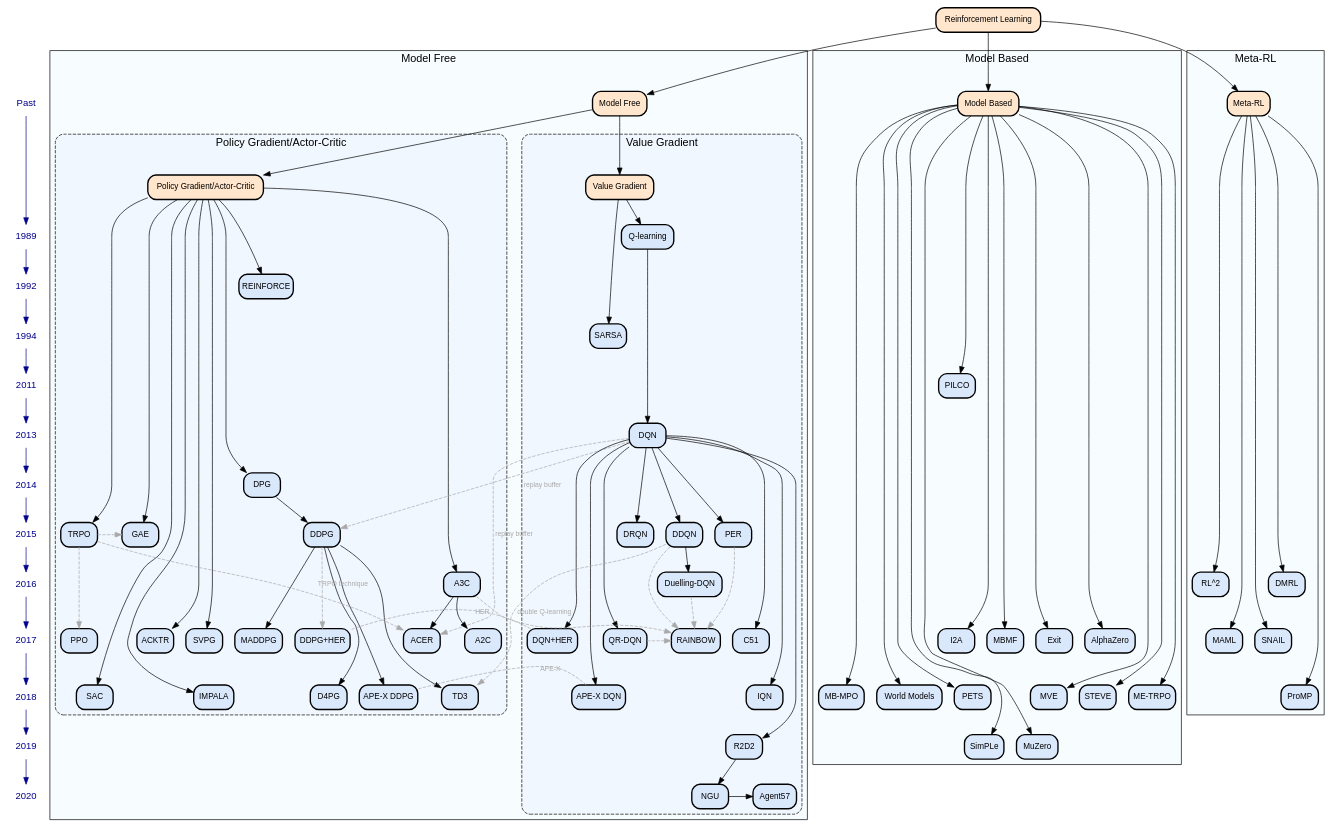
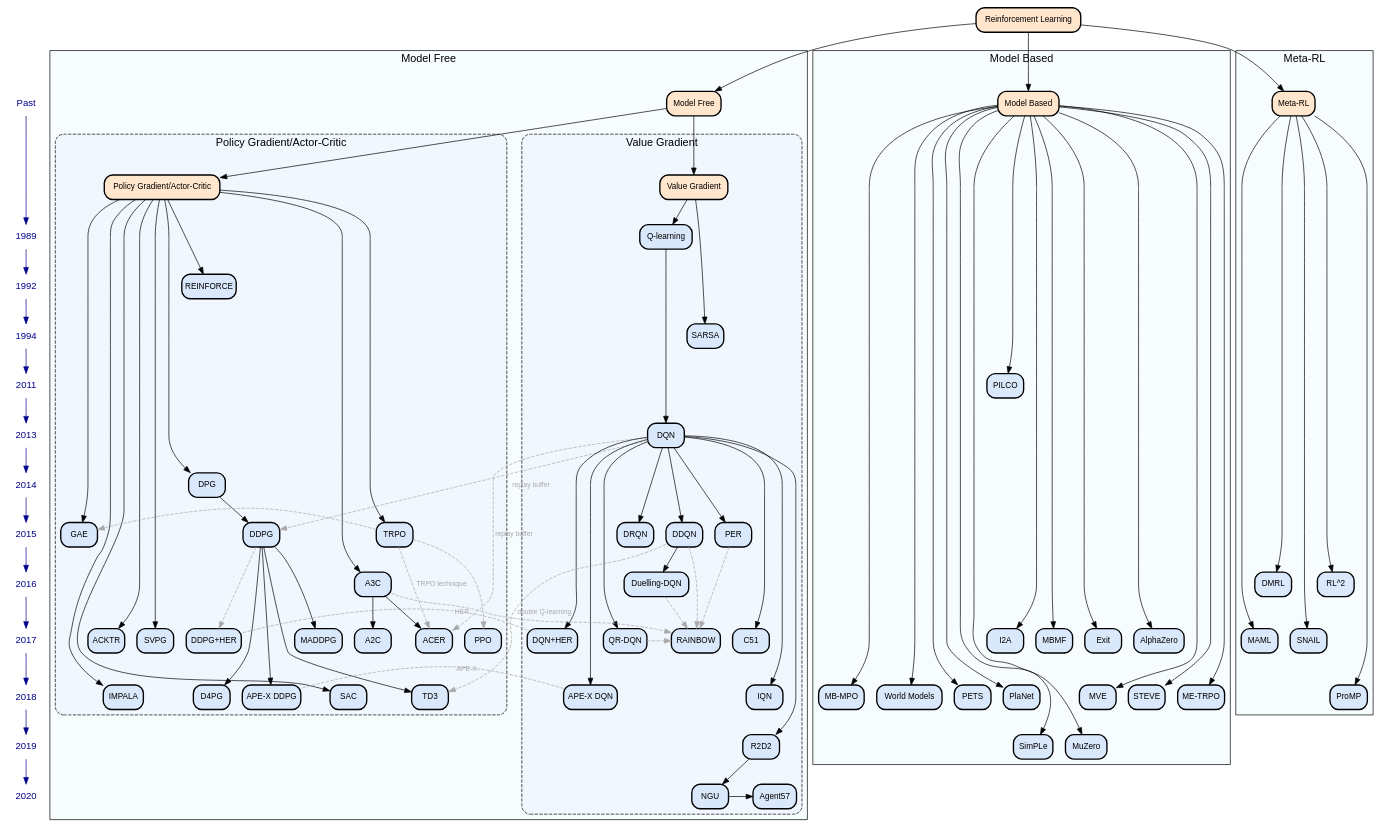
The diagram in rl-taxonomy.gv (bennylp/RL-Taxonomy), drawn with Graphviz before and after one commit. The commit also changed 3 other files, not shown here.

Commit message:
Added PlaNet

```diff
--- a/rl-taxonomy.gv
+++ b/rl-taxonomy.gv
@@ -158,6 +158,7 @@
 		"Model Based" -> "MB-MPO" [fontcolor=black fontname="sans-serif" fontsize=10 style=solid]
 		"Model Based" -> "World Models" [fontcolor=black fontname="sans-serif" fontsize=10 style=solid]
 		"Model Based" -> PETS [fontcolor=black fontname="sans-serif" fontsize=10 style=solid]
+		"Model Based" -> PlaNet [fontcolor=black fontname="sans-serif" fontsize=10 style=solid]
 		"Model Based" -> SimPLe [fontcolor=black fontname="sans-serif" fontsize=10 style=solid]
 		"Model Based" -> MuZero [fontcolor=black fontname="sans-serif" fontsize=10 style=solid]
 		PILCO [label=PILCO fillcolor="#dae8fc" fontname="sans-serif" fontsize=12 shape=box style="rounded,bold,filled"]
@@ -171,6 +172,7 @@
 		"MB-MPO" [label="MB-MPO" fillcolor="#dae8fc" fontname="sans-serif" fontsize=12 shape=box style="rounded,bold,filled"]
 		"World Models" [label="World Models" fillcolor="#dae8fc" fontname="sans-serif" fontsize=12 shape=box style="rounded,bold,filled"]
 		PETS [label=PETS fillcolor="#dae8fc" fontname="sans-serif" fontsize=12 shape=box style="rounded,bold,filled"]
+		PlaNet [label=PlaNet fillcolor="#dae8fc" fontname="sans-serif" fontsize=12 shape=box style="rounded,bold,filled"]
 		SimPLe [label=SimPLe fillcolor="#dae8fc" fontname="sans-serif" fontsize=12 shape=box style="rounded,bold,filled"]
 		MuZero [label=MuZero fillcolor="#dae8fc" fontname="sans-serif" fontsize=12 shape=box style="rounded,bold,filled"]
 	}
@@ -280,6 +282,7 @@
 		"MB-MPO"
 		"World Models"
 		PETS
+		PlaNet
 		ProMP
 	}
 	{
```
